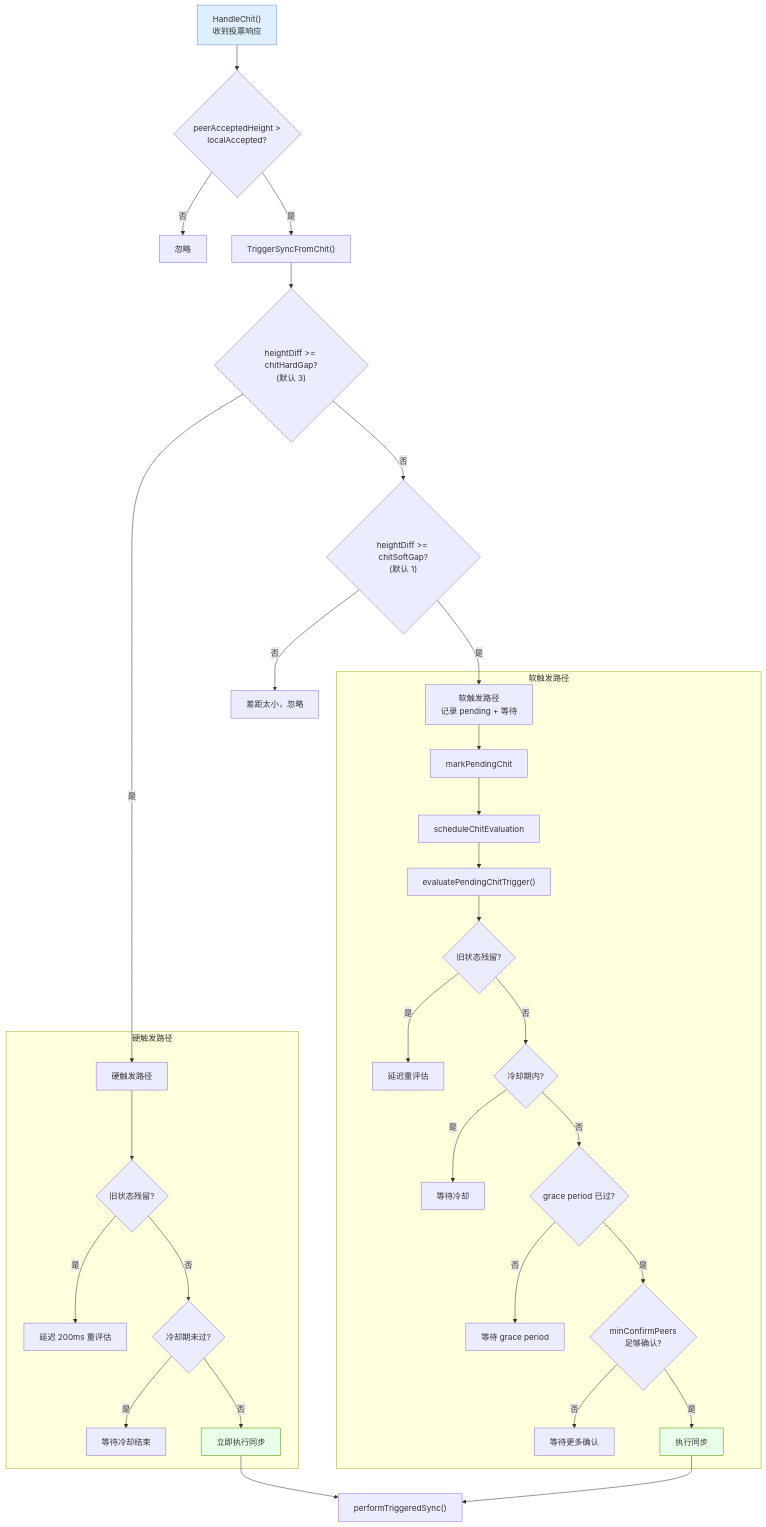
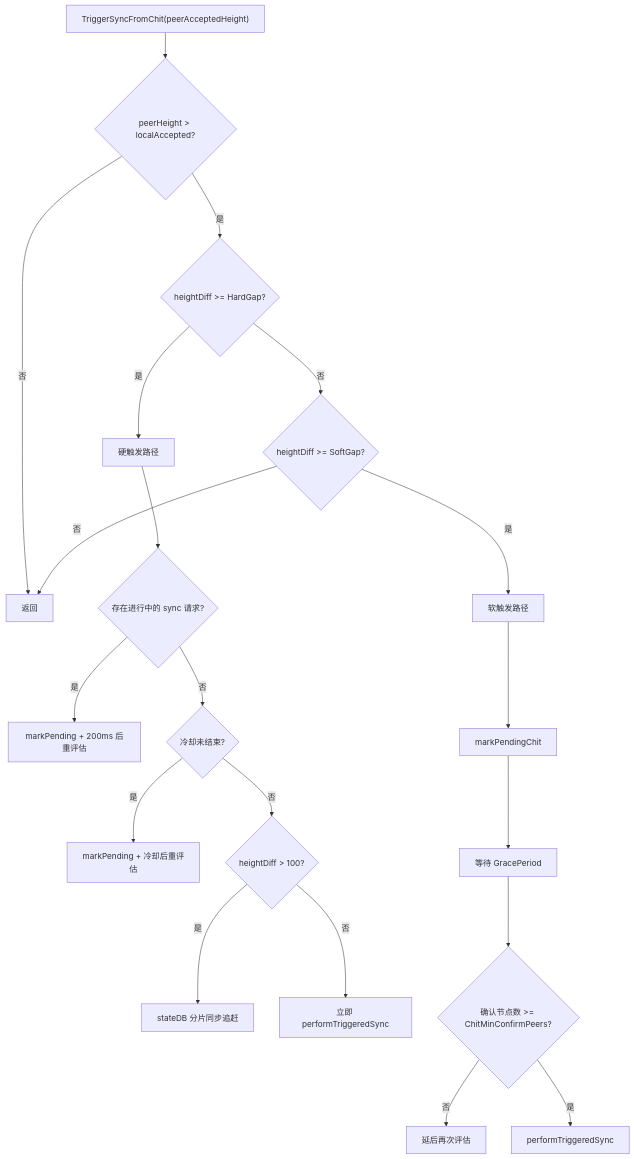
One commit to davidLeeeeeeeeeeee/dex changed the third of 6 diagrams in consensus/sync_flow.md. Above: the diagram before and after it, drawn with Mermaid. The commit also changed other lines of this file and 36 other files, not shown here.

````diff
--- a/consensus/sync_flow.md
+++ b/consensus/sync_flow.md
@@ -144,42 +126,24 @@
 ```mermaid
 flowchart TD
-    CHIT["HandleChit()<br>收到投票响应"] --> CMP{"peerAcceptedHeight ><br>localAccepted?"}
-    CMP -->|否| IGNORE[忽略]
-    CMP -->|是| TRIGGER["TriggerSyncFromChit()"]
+    A["TriggerSyncFromChit(peerAcceptedHeight)"] --> B{"peerHeight > localAccepted?"}
+    B -->|否| Z["返回"]
+    B -->|是| C{"heightDiff >= HardGap?"}
 
-    TRIGGER --> HARD{"heightDiff >= chitHardGap?<br>(默认 3)"}
-    HARD -->|是| HARD_PATH["硬触发路径"]
-    HARD -->|否| SOFT{"heightDiff >= chitSoftGap?<br>(默认 1)"}
-    SOFT -->|否| IGNORE2[差距太小，忽略]
-    SOFT -->|是| SOFT_PATH["软触发路径<br>记录 pending + 等待"]
+    C -->|是| D["硬触发路径"]
+    D --> D0{"存在进行中的 sync 请求?"}
+    D0 -->|是| D1["markPending + 200ms 后重评估"]
+    D0 -->|否| D2{"冷却未结束?"}
+    D2 -->|是| D3["markPending + 冷却后重评估"]
+    D2 -->|否| D4{"heightDiff > 100?"}
+    D4 -->|是| D5["stateDB  分片同步追赶"]
+    D4 -->|否| D6["立即 performTriggeredSync"]
 
-    subgraph 硬触发路径
-        HARD_PATH --> STALE1{旧状态残留?}
-        STALE1 -->|是| DEFER1["延迟 200ms 重评估"]
-        STALE1 -->|否| COOLDOWN1{"冷却期未过?"}
-        COOLDOWN1 -->|是| DEFER2["等待冷却结束"]
-        COOLDOWN1 -->|否| EXECUTE1["立即执行同步"]
-    end
-
-    subgraph 软触发路径
-        SOFT_PATH --> MARK["markPendingChit"]
-        MARK --> SCHEDULE["scheduleChitEvaluation"]
-        SCHEDULE --> EVAL["evaluatePendingChitTrigger()"]
-        EVAL --> STALE2{旧状态残留?}
-        STALE2 -->|是| DEFER3["延迟重评估"]
-        STALE2 -->|否| COOLDOWN2{"冷却期内?"}
-        COOLDOWN2 -->|是| DEFER4["等待冷却"]
-        COOLDOWN2 -->|否| GRACE{"grace period 已过?"}
-        GRACE -->|否| DEFER5["等待 grace period"]
-        GRACE -->|是| CONFIRM{"minConfirmPeers<br>足够确认?"}
-        CONFIRM -->|否| DEFER6["等待更多确认"]
-        CONFIRM -->|是| EXECUTE2["执行同步"]
-    end
-
-    EXECUTE1 --> PERFORM["performTriggeredSync()"]
-    EXECUTE2 --> PERFORM
-
-    style CHIT fill:#dfefff,stroke:#6b8fd6
-    style EXECUTE1 fill:#eaffea,stroke:#4f8f00
-    style EXECUTE2 fill:#eaffea,stroke:#4f8f00
+    C -->|否| E{"heightDiff >= SoftGap?"}
+    E -->|否| Z
+    E -->|是| F["软触发路径"]
+    F --> F1["markPendingChit"]
+    F1 --> F2["等待 GracePeriod"]
+    F2 --> F3{"确认节点数 >= ChitMinConfirmPeers?"}
+    F3 -->|否| F4["延后再次评估"]
+    F3 -->|是| F5["performTriggeredSync"]
 ```
````
